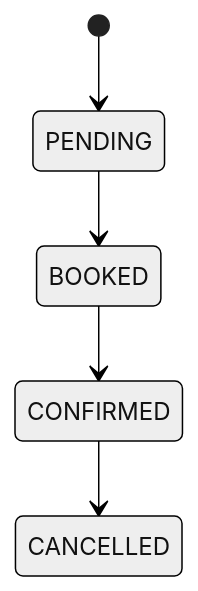
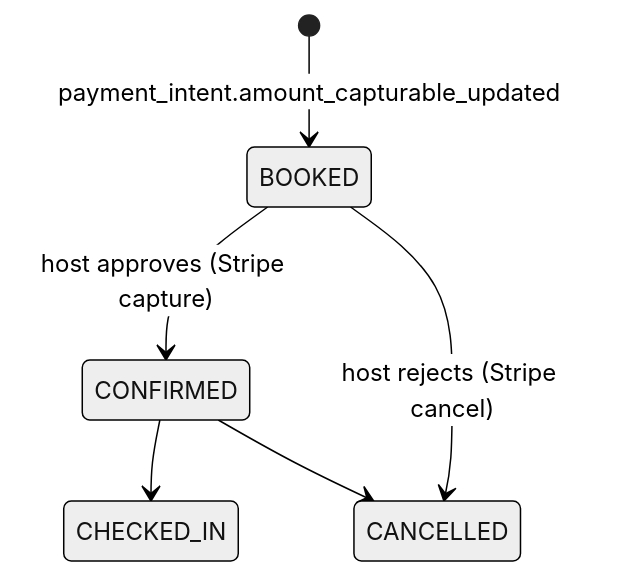
One commit to hamdanahmadkhan101-tech/khan-familia-platform changed the fourth of 5 diagrams in docs/domain/booking-lifecycle.md. Above: the diagram before and after it, drawn with Mermaid (neutral theme). The commit also changed other lines of this file and 7 other files, not shown here.

````diff
--- a/docs/domain/booking-lifecycle.md
+++ b/docs/domain/booking-lifecycle.md
@@ -48,7 +79,8 @@
 ```mermaid
 stateDiagram-v2
-  [*] --> PENDING
-  PENDING --> BOOKED
-  BOOKED --> CONFIRMED
+  [*] --> BOOKED : payment_intent.amount_capturable_updated
+  BOOKED --> CONFIRMED : host approves (Stripe capture)
+  BOOKED --> CANCELLED : host rejects (Stripe cancel)
+  CONFIRMED --> CHECKED_IN
   CONFIRMED --> CANCELLED
 ```
````
